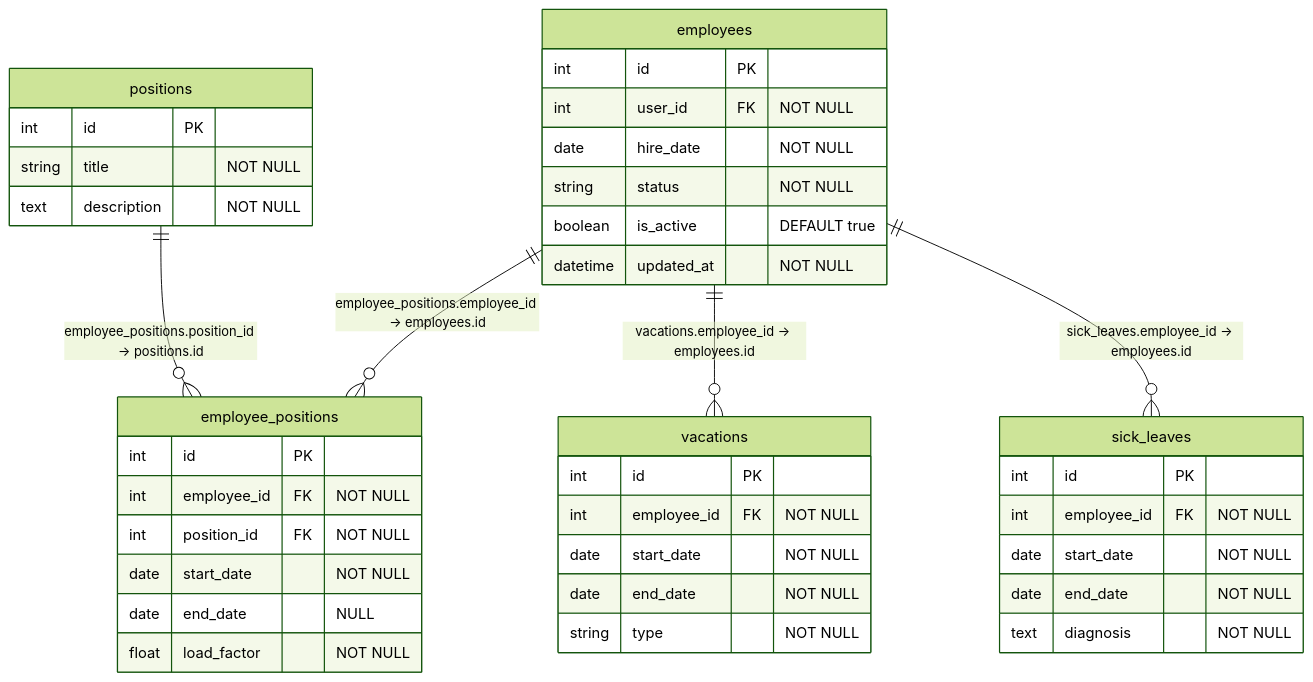
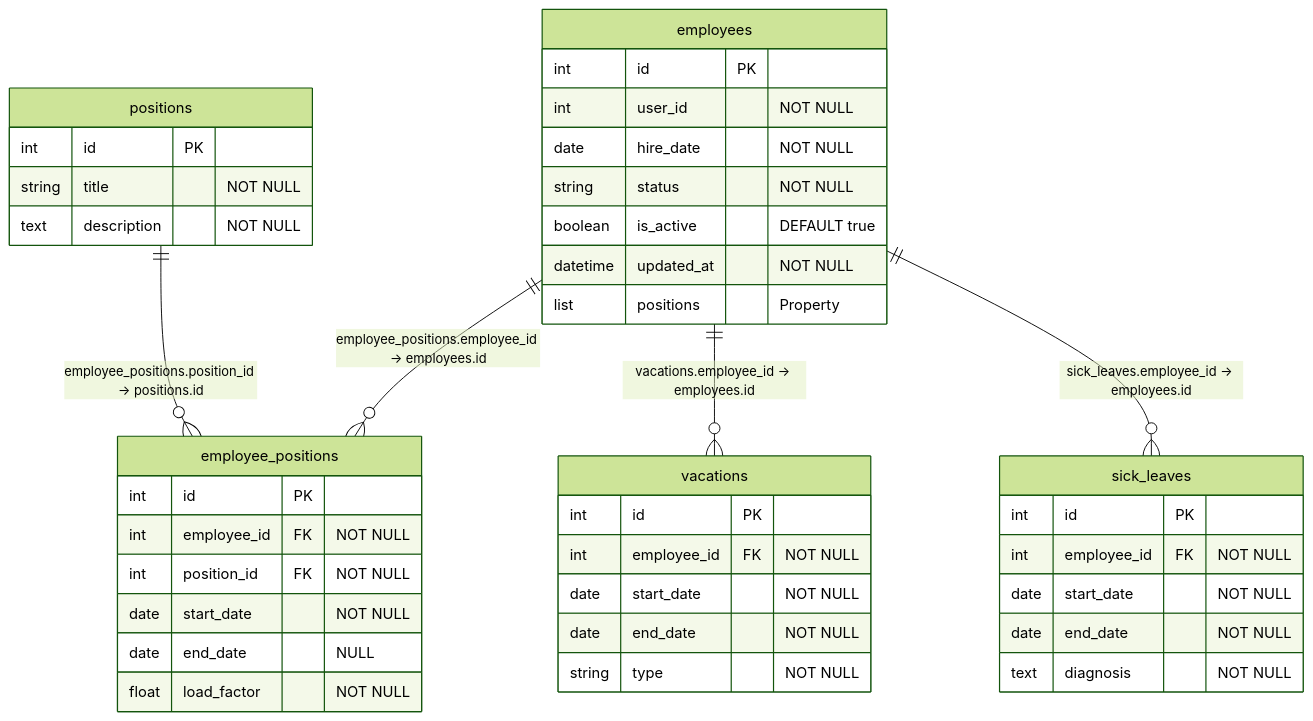
One commit to YuriSilenok/KPK_UP2_24-1P11 changed the diagram in S10/doc.md. Above: the diagram before and after it, drawn with Mermaid (forest theme). The commit also changed other lines of this file, not shown here.

````diff
--- a/S10/doc.md
+++ b/S10/doc.md
@@ -145,43 +151,44 @@
 ```mermaid
 erDiagram
     employees {
         int id PK
-        int user_id FK "NOT NULL"
+        int user_id "NOT NULL"
         date hire_date "NOT NULL"
         string status "NOT NULL"
         boolean is_active "DEFAULT true"
         datetime updated_at "NOT NULL"
+        list positions "Property"
     }
     positions {
         int id PK
         string title "NOT NULL"
         text description "NOT NULL"
     }
     employee_positions {
         int id PK
         int employee_id FK "NOT NULL"
         int position_id FK "NOT NULL"
         date start_date "NOT NULL"
         date end_date "NULL"
         float load_factor "NOT NULL"
     }
     vacations {
         int id PK
         int employee_id FK "NOT NULL"
         date start_date "NOT NULL"
         date end_date "NOT NULL"
         string type "NOT NULL"
     }
     sick_leaves {
         int id PK
         int employee_id FK "NOT NULL"
         date start_date "NOT NULL"
         date end_date "NOT NULL"
         text diagnosis "NOT NULL"
     }
 
     employees ||--o{ employee_positions : "employee_positions.employee_id -> employees.id"
     positions ||--o{ employee_positions : "employee_positions.position_id -> positions.id"
     employees ||--o{ vacations : "vacations.employee_id -> employees.id"
     employees ||--o{ sick_leaves : "sick_leaves.employee_id -> employees.id"
 ```
````
